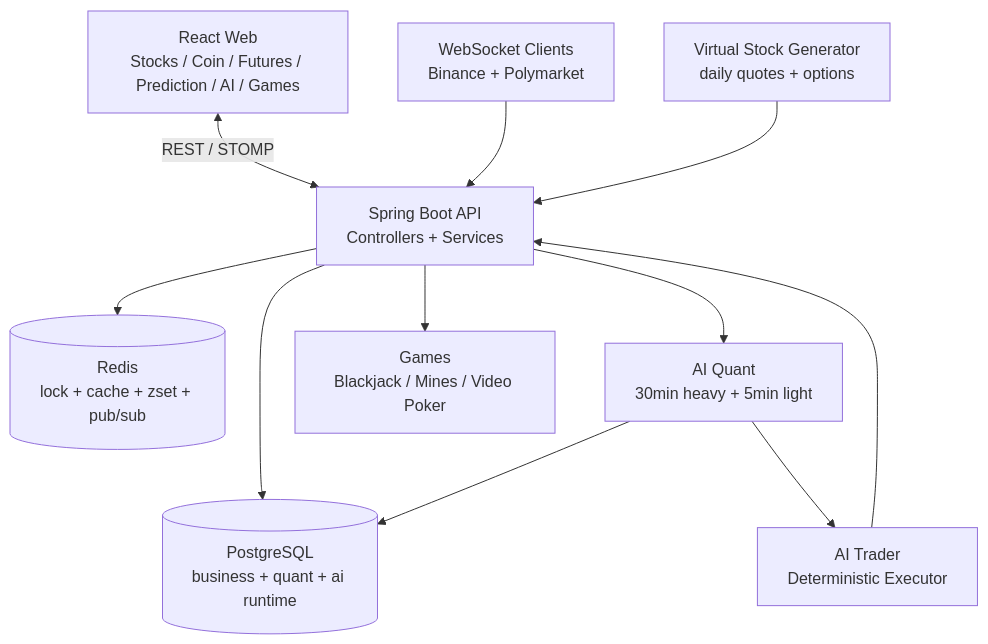
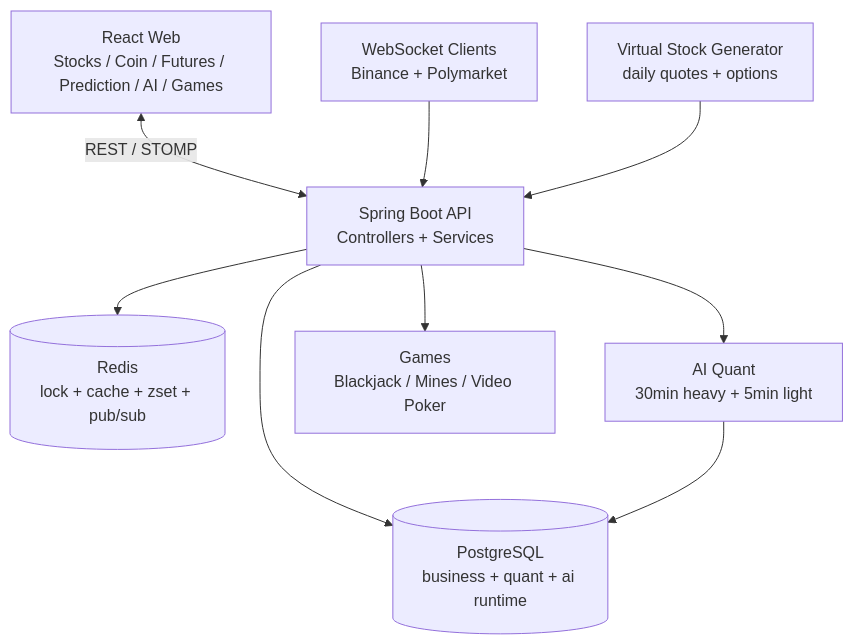
One commit to mamawai/wtfibought changed the first of 2 diagrams in README.md. Above: the diagram before and after it, drawn with Mermaid. The commit also changed other lines of this file and 97 other files, not shown here.

````diff
--- a/README.md
+++ b/README.md
@@ -112,23 +112,20 @@
 ```mermaid
 flowchart TD
     UI["React Web<br/>Stocks / Coin / Futures / Prediction / AI / Games"]
     API["Spring Boot API<br/>Controllers + Services"]
     DB[("PostgreSQL<br/>business + quant + ai runtime")]
     REDIS[("Redis<br/>lock + cache + zset + pub/sub")]
     WS["WebSocket Clients<br/>Binance + Polymarket"]
     GEN["Virtual Stock Generator<br/>daily quotes + options"]
     QUANT["AI Quant<br/>30min heavy + 5min light"]
-    TRADER["AI Trader<br/>Deterministic Executor"]
     GAME["Games<br/>Blackjack / Mines / Video Poker"]
 
     UI <-->|REST / STOMP| API
     API --> DB
     API --> REDIS
     WS --> API
     GEN --> API
     API --> QUANT
     QUANT --> DB
-    QUANT --> TRADER
-    TRADER --> API
     API --> GAME
 ```
````
